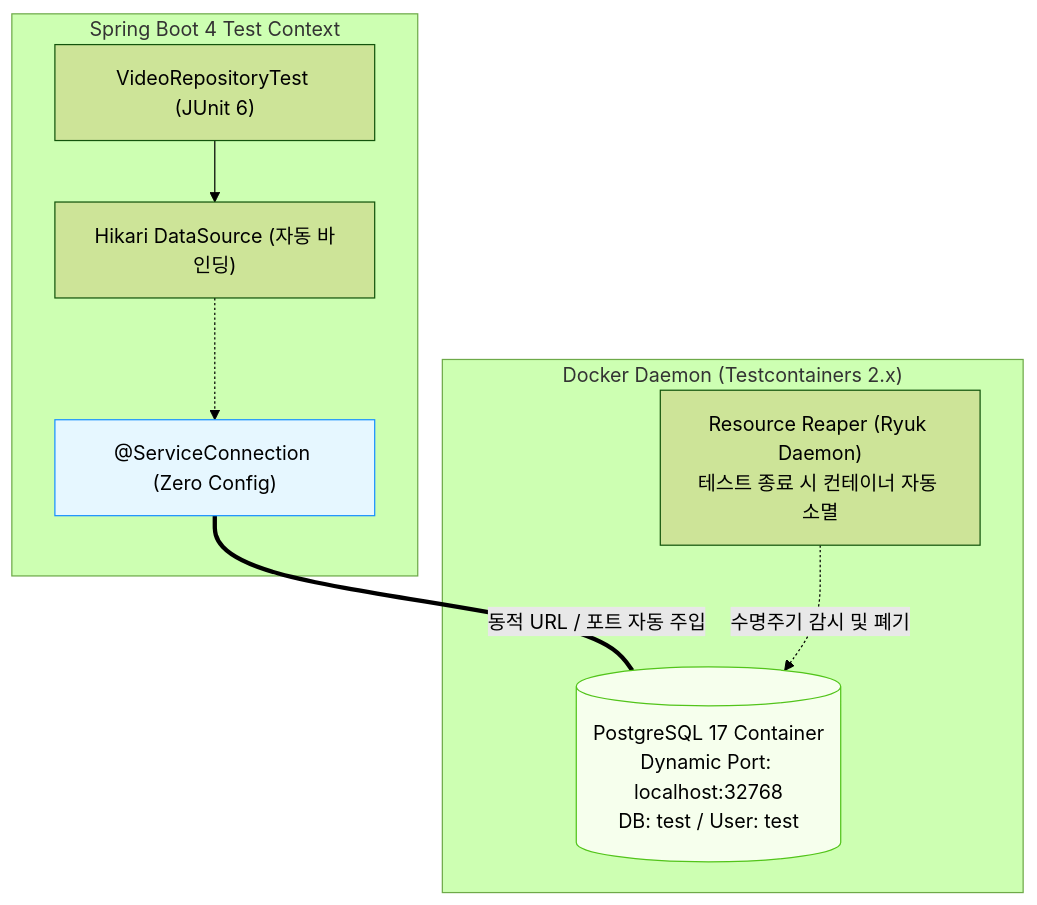
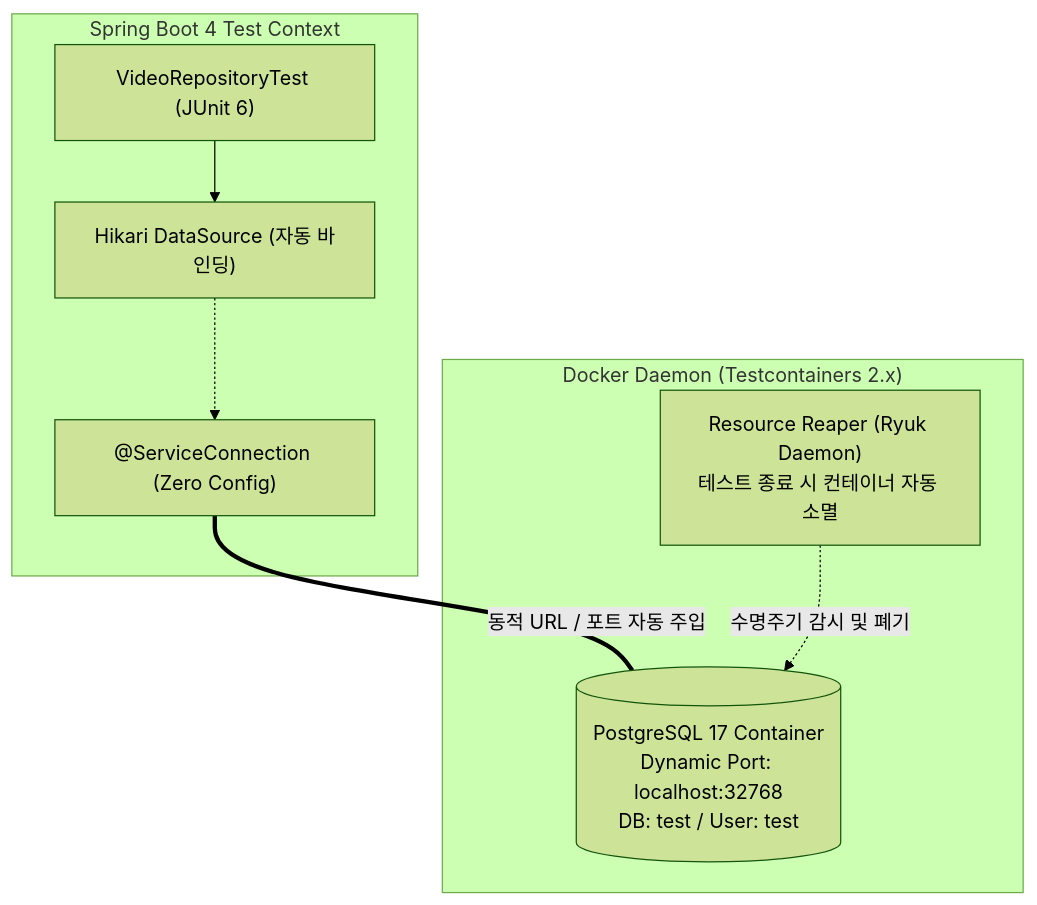
Before and after one commit to sing-u8/Learning_Spring_Boot_4: the diagram in spring-boot-notes/08-testing/04-testcontainers-and-service-connection.md, drawn with Mermaid (forest theme). The commit also changed 5 other files, not shown here.

Commit message:
fix(diagrams): remove hardcoded bright pastel styles for optimal dark mode readability

````diff
--- a/spring-boot-notes/08-testing/04-testcontainers-and-service-connection.md
+++ b/spring-boot-notes/08-testing/04-testcontainers-and-service-connection.md
@@ -42,22 +42,19 @@
 ```mermaid
 flowchart TD
     subgraph SpringContext ["Spring Boot 4 Test Context"]
         Test["VideoRepositoryTest (JUnit 6)"]
         DS["Hikari DataSource (자동 바인딩)"]
         Conn["@ServiceConnection (Zero Config)"]
         
         Test --> DS
         DS -.-> Conn
     end
 
     subgraph Docker ["Docker Daemon (Testcontainers 2.x)"]
         PgContainer[("PostgreSQL 17 Container<br/>Dynamic Port: localhost:32768<br/>DB: test / User: test")]
         Ryuk["Resource Reaper (Ryuk Daemon)<br/>테스트 종료 시 컨테이너 자동 소멸"]
     end
 
     Conn ===|동적 URL / 포트 자동 주입| PgContainer
     Ryuk -.->|수명주기 감시 및 폐기| PgContainer
-
-    style Conn fill:#e6f7ff,stroke:#1890ff
-    style PgContainer fill:#f6ffed,stroke:#52c41a
 ```
````
